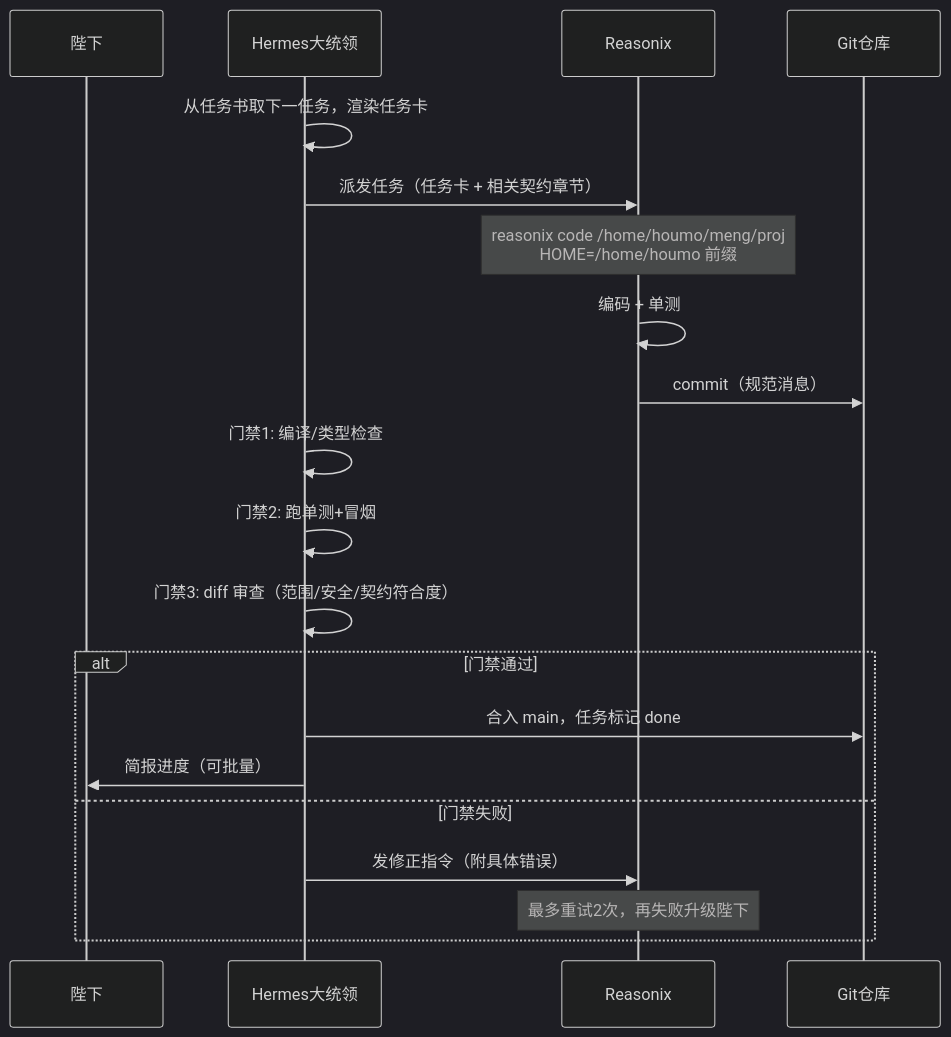
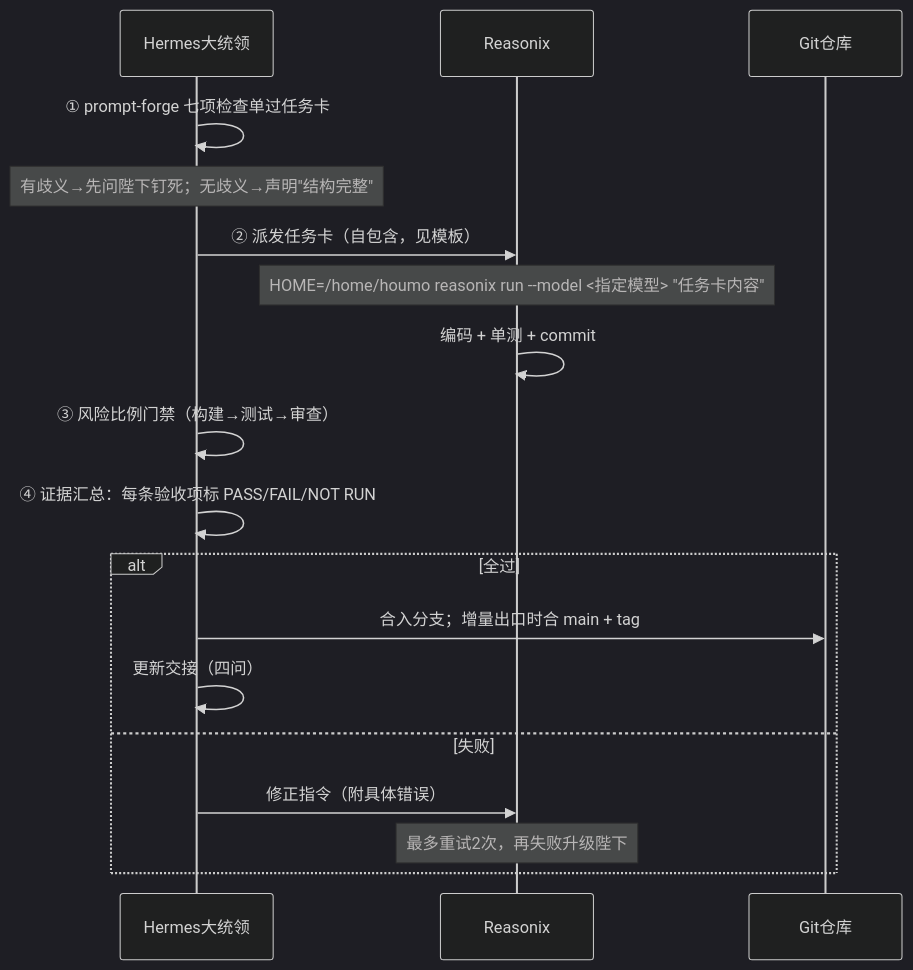
The second of 3 diagrams in docs/02-工作流.md (zhangbwgithub/MengPsyAssit), drawn with Mermaid (dark theme) before and after one commit. The commit also changed other lines of this file and 4 other files, not shown here.

````diff
--- a/docs/02-工作流.md
+++ b/docs/02-工作流.md
@@ -50,23 +30,21 @@
 ```mermaid
 sequenceDiagram
-    participant 陛下
     participant 大统领 as Hermes大统领
     participant RX as Reasonix
     participant GIT as Git仓库
 
-    大统领->>大统领: 从任务书取下一任务，渲染任务卡
-    大统领->>RX: 派发任务（任务卡 + 相关契约章节）
-    Note over RX: reasonix code /home/houmo/meng/proj<br/>HOME=/home/houmo 前缀
-    RX->>RX: 编码 + 单测
-    RX->>GIT: commit（规范消息）
-    大统领->>大统领: 门禁1: 编译/类型检查
-    大统领->>大统领: 门禁2: 跑单测+冒烟
-    大统领->>大统领: 门禁3: diff 审查（范围/安全/契约符合度）
-    alt 门禁通过
-        大统领->>GIT: 合入 main，任务标记 done
-        大统领->>陛下: 简报进度（可批量）
-    else 门禁失败
-        大统领->>RX: 发修正指令（附具体错误）
+    大统领->>大统领: ① prompt-forge 七项检查单过任务卡
+    Note over 大统领: 有歧义→先问陛下钉死；无歧义→声明"结构完整"
+    大统领->>RX: ② 派发任务卡（自包含，见模板）
+    Note over RX: HOME=/home/houmo reasonix run --model <指定模型> "任务卡内容"
+    RX->>RX: 编码 + 单测 + commit
+    大统领->>大统领: ③ 风险比例门禁（构建→测试→审查）
+    大统领->>大统领: ④ 证据汇总：每条验收项标 PASS/FAIL/NOT RUN
+    alt 全过
+        大统领->>GIT: 合入分支；增量出口时合 main + tag
+        大统领->>大统领: 更新交接（四问）
+    else 失败
+        大统领->>RX: 修正指令（附具体错误）
         Note over RX: 最多重试2次，再失败升级陛下
     end
 ```
````
